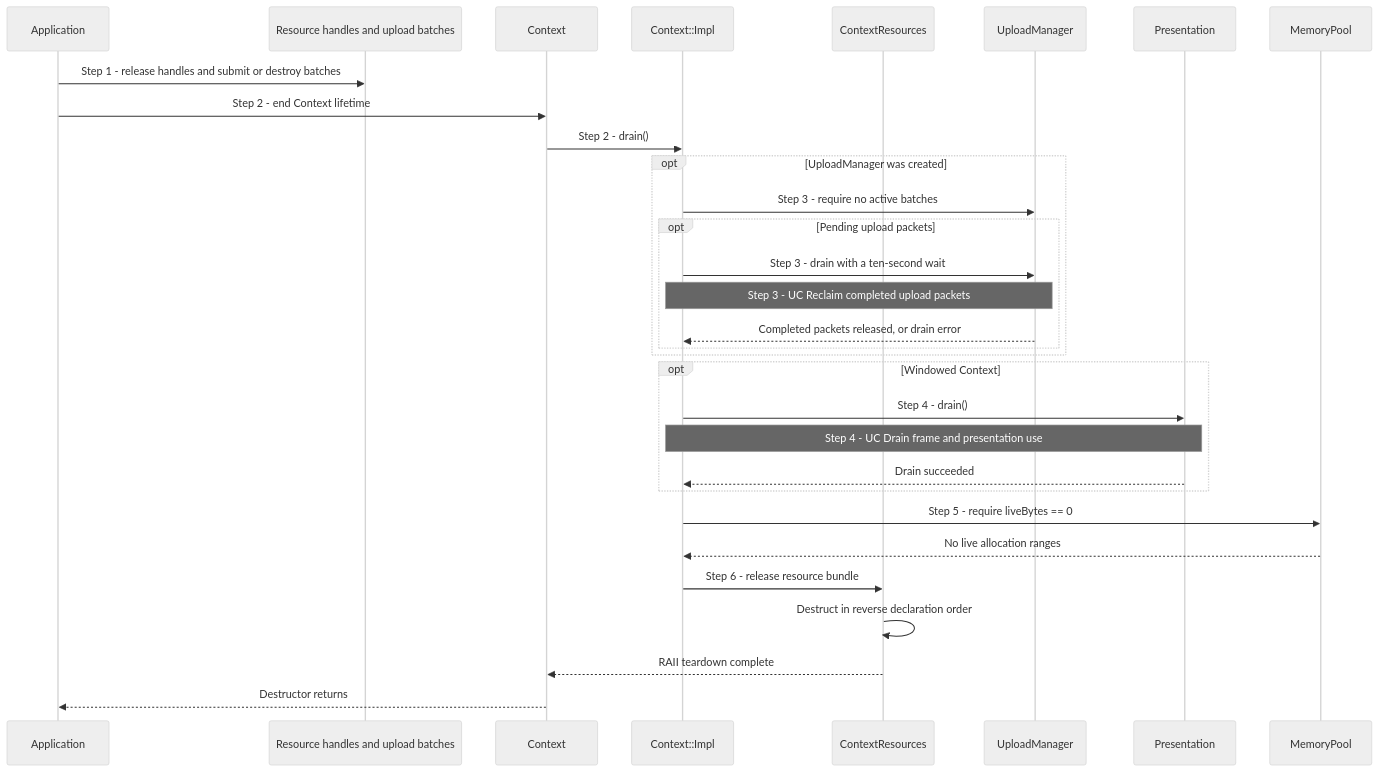
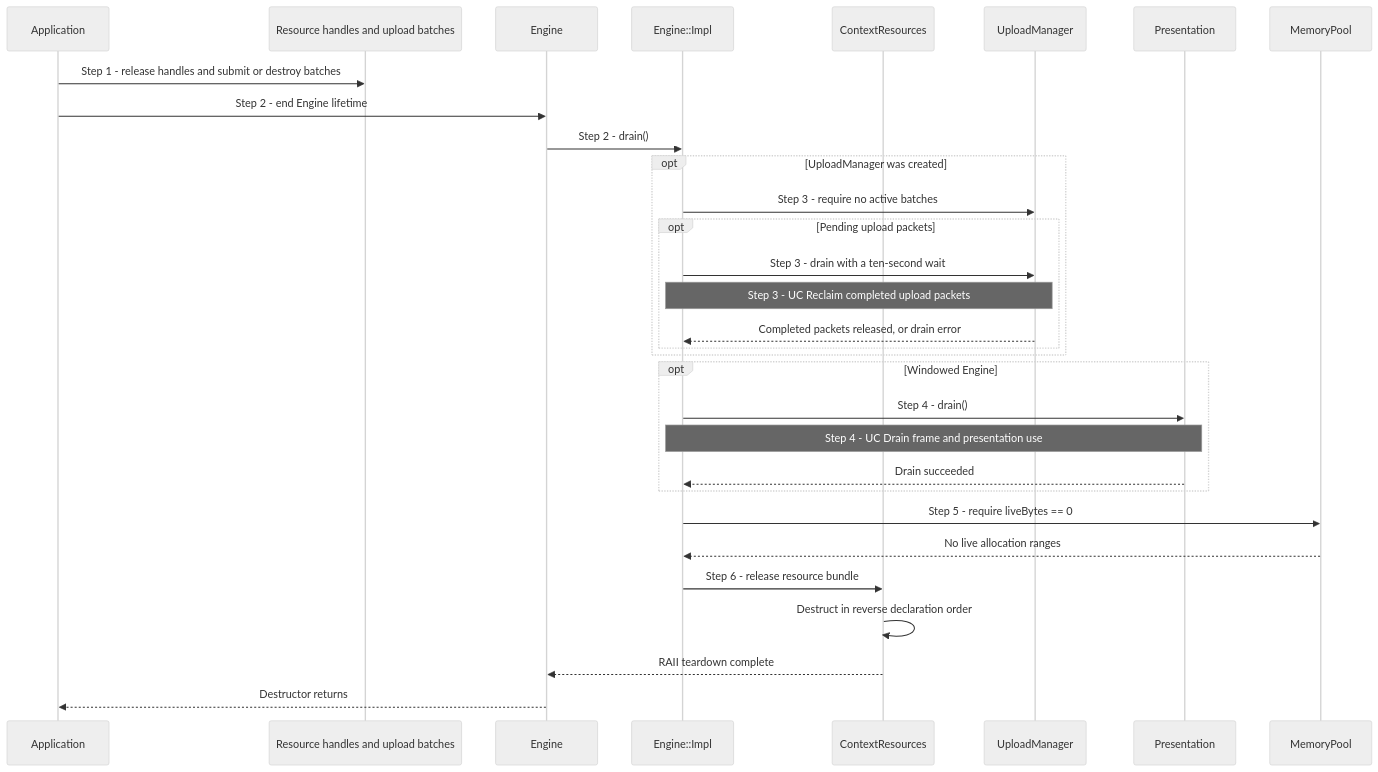
One commit to a-soltysik/Panda changed the diagram in docs/use-cases/shutdown-context.md. Above: the diagram before and after it, drawn with Mermaid (neutral theme). The commit also changed other lines of this file and 158 other files, not shown here.

Commit message:
Refactor Vulkan Context API to Engine (#120)

````diff
--- a/docs/use-cases/shutdown-context.md
+++ b/docs/use-cases/shutdown-context.md
@@ -51,33 +51,33 @@
 ```mermaid
 sequenceDiagram
     participant A as Application
     participant H as Resource handles and upload batches
-    participant C as Context
-    participant I as Context::Impl
+    participant C as Engine
+    participant I as Engine::Impl
     participant R as ContextResources
     participant U as UploadManager
     participant P as Presentation
     participant M as MemoryPool
     A->>H: Step 1 - release handles and submit or destroy batches
-    A->>C: Step 2 - end Context lifetime
+    A->>C: Step 2 - end Engine lifetime
     C->>I: Step 2 - drain()
     opt UploadManager was created
         I->>U: Step 3 - require no active batches
         opt Pending upload packets
             I->>U: Step 3 - drain with a ten-second wait
             Note over I,U: Step 3 - UC Reclaim completed upload packets
             U-->>I: Completed packets released, or drain error
         end
     end
-    opt Windowed Context
+    opt Windowed Engine
         I->>P: Step 4 - drain()
         Note over I,P: Step 4 - UC Drain frame and presentation use
         P-->>I: Drain succeeded
     end
     I->>M: Step 5 - require liveBytes == 0
     M-->>I: No live allocation ranges
     I->>R: Step 6 - release resource bundle
     R->>R: Destruct in reverse declaration order
     R-->>C: RAII teardown complete
     C-->>A: Destructor returns
 ```
````
